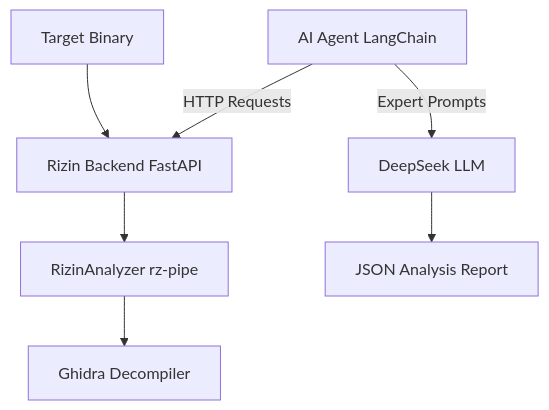
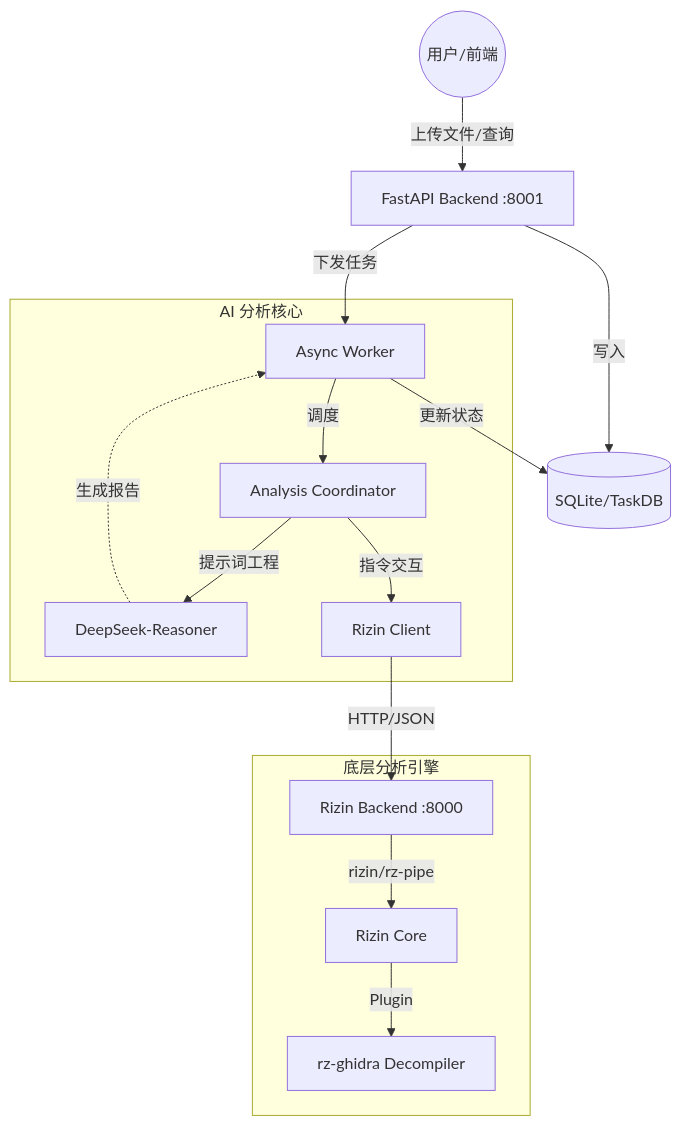
One commit to MICHAEL-888/Phantom_TrojanWalker changed the diagram in README.md. Above: the diagram before and after it, drawn with Mermaid. The commit also changed other lines of this file, not shown here.

````diff
--- a/README.md
+++ b/README.md
@@ -16,9 +14,21 @@
 ```mermaid
 graph TD
-    A[Target Binary] --> B[Rizin Backend FastAPI]
-    B --> C[RizinAnalyzer rz-pipe]
-    C --> D[Ghidra Decompiler]
-    E[AI Agent LangChain] -->|HTTP Requests| B
-    E -->|Expert Prompts| F[DeepSeek LLM]
-    F --> G[JSON Analysis Report]
+    User((用户/前端)) -->|上传文件/查询| API[FastAPI Backend :8001]
+    API -->|写入| DB[(SQLite/TaskDB)]
+    API -->|下发任务| Worker[Async Worker]
+    
+    subgraph AI_Core [AI 分析核心]
+        Worker -->|调度| Coord[Analysis Coordinator]
+        Coord -->|提示词工程| LLM[DeepSeek-Reasoner]
+        Coord -->|指令交互| RzClient[Rizin Client]
+    end
+
+    subgraph Binary_Engine [底层分析引擎]
+        RzClient -->|HTTP/JSON| RzAPI[Rizin Backend :8000]
+        RzAPI -->|rizin/rz-pipe| RzPipe[Rizin Core]
+        RzPipe -->|Plugin| Ghidra[rz-ghidra Decompiler]
+    end
+
+    LLM -.->|生成报告| Worker
+    Worker -->|更新状态| DB
 ```
````
